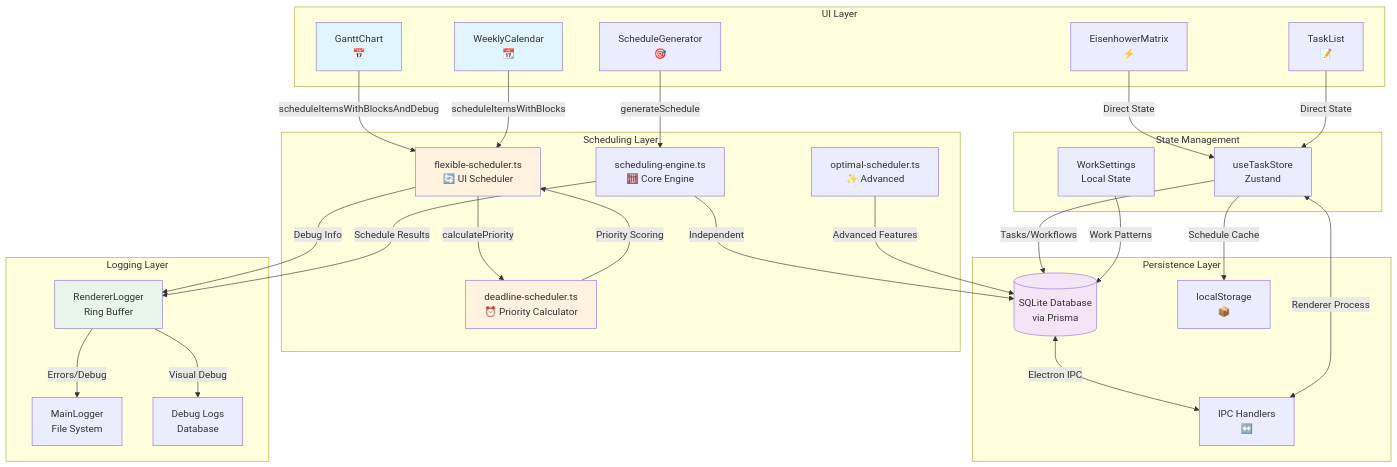
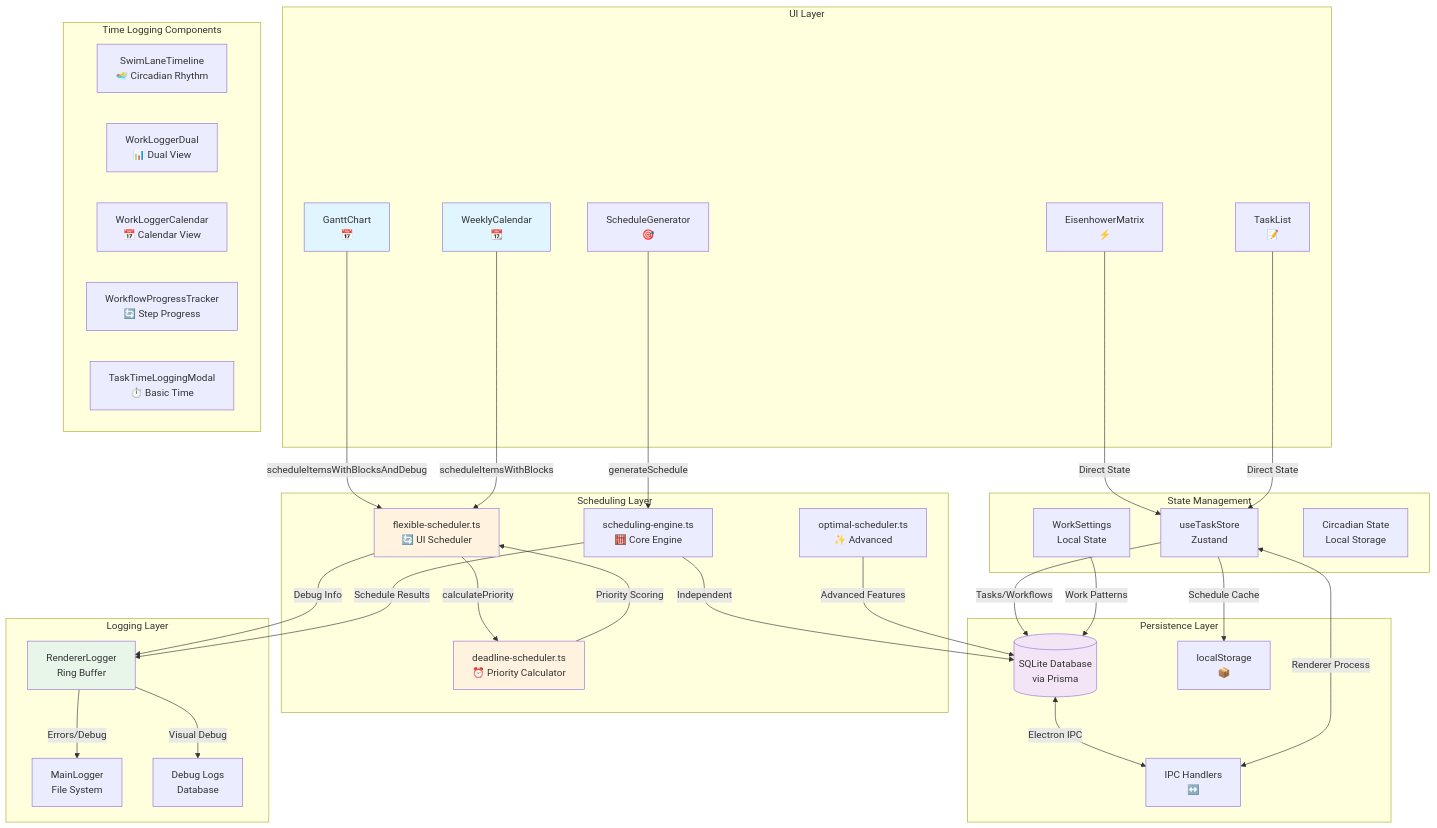
One commit to jaustinmiles/work_capacity_planner changed the diagram in docs/ARCHITECTURE_FLOW.md. Above: the diagram before and after it, drawn with Mermaid. The commit also changed other lines of this file, not shown here.

First line of the commit message:
docs: Enhance architecture with time logging and DOM structure details

````diff
--- a/docs/ARCHITECTURE_FLOW.md
+++ b/docs/ARCHITECTURE_FLOW.md
@@ -9,69 +9,78 @@
 ```mermaid
 graph TB
     subgraph "UI Layer"
         GC[GanttChart<br/>📅]
-        WC[WeeklyCalendar<br/>📆]
+        WC[WeeklyCalendar<br/>📆]  
         EM[EisenhowerMatrix<br/>⚡]
         SG[ScheduleGenerator<br/>🎯]
         TL[TaskList<br/>📝]
     end
 
+    subgraph "Time Logging Components"
+        SLT[SwimLaneTimeline<br/>🏊‍♂️ Circadian Rhythm]
+        WLD[WorkLoggerDual<br/>📊 Dual View]
+        WLC[WorkLoggerCalendar<br/>📅 Calendar View]
+        WPT[WorkflowProgressTracker<br/>🔄 Step Progress]
+        TTL[TaskTimeLoggingModal<br/>⏱️ Basic Time]
+    end
+
     subgraph "State Management"
         TS[useTaskStore<br/>Zustand]
         WS[WorkSettings<br/>Local State]
+        CS[Circadian State<br/>Local Storage]
     end
 
     subgraph "Scheduling Layer"
         FS[flexible-scheduler.ts<br/>🔄 UI Scheduler]
         DS[deadline-scheduler.ts<br/>⏰ Priority Calculator]
         SE[scheduling-engine.ts<br/>🧮 Core Engine]
         OS[optimal-scheduler.ts<br/>✨ Advanced]
     end
 
     subgraph "Persistence Layer"
         DB[(SQLite Database<br/>via Prisma)]
         LS[localStorage<br/>📦]
         IPC[IPC Handlers<br/>↔️]
     end
 
     subgraph "Logging Layer"
         RL[RendererLogger<br/>Ring Buffer]
         ML[MainLogger<br/>File System]
         DL[Debug Logs<br/>Database]
     end
 
     %% UI to Scheduler connections
     GC -->|scheduleItemsWithBlocksAndDebug| FS
     WC -->|scheduleItemsWithBlocks| FS
     EM -->|Direct State| TS
     SG -->|generateSchedule| SE
     TL -->|Direct State| TS
 
     %% Scheduler relationships
     FS -->|calculatePriority| DS
     DS -->|Priority Scoring| FS
     SE -->|Independent| DB
     OS -->|Advanced Features| DB
 
     %% State to Persistence
     TS -->|Tasks/Workflows| DB
     TS -->|Schedule Cache| LS
     WS -->|Work Patterns| DB
 
     %% IPC Communication
     DB <-->|Electron IPC| IPC
     IPC <-->|Renderer Process| TS
 
     %% Logging Flow
     FS -->|Debug Info| RL
     SE -->|Schedule Results| RL
     RL -->|Errors/Debug| ML
     RL -->|Visual Debug| DL
 
     style GC fill:#e1f5fe
     style WC fill:#e1f5fe
     style FS fill:#fff3e0
     style DS fill:#fff3e0
     style DB fill:#f3e5f5
     style RL fill:#e8f5e9
 ```
````
